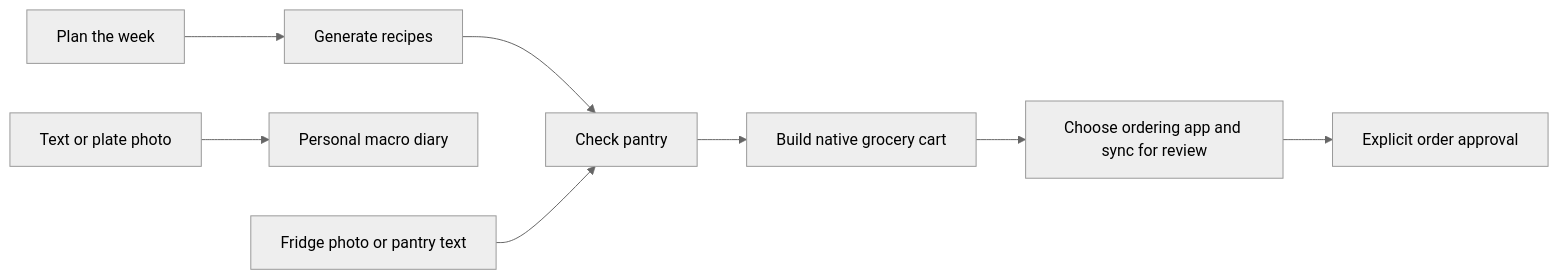
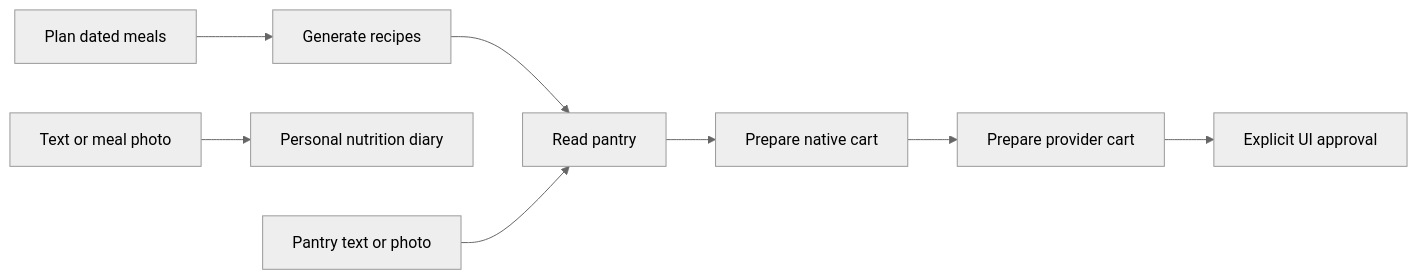
Before and after one commit to architworks/meal_and_grocery_agent: the diagram in README.md, drawn with Mermaid (neutral theme). The commit also changed other lines of this file and 9 other files, not shown here.

First line of the commit message:
[Docs] Consolidate architecture and operational documentation

````diff
--- a/README.md
+++ b/README.md
@@ -25,11 +27,11 @@
 ```mermaid
 flowchart LR
-    Plan[Plan the week] --> Recipe[Generate recipes]
-    Recipe --> Pantry[Check pantry]
-    Pantry --> Cart[Build native grocery cart]
-    Cart --> Provider[Choose ordering app and sync for review]
-    Provider --> Approval[Explicit order approval]
+    Plan[Plan dated meals] --> Recipe[Generate recipes]
+    Recipe --> Pantry[Read pantry]
+    Pantry --> Cart[Prepare native cart]
+    Cart --> Provider[Prepare provider cart]
+    Provider --> Approval[Explicit UI approval]
 
-    Intake[Text or plate photo] --> Macros[Personal macro diary]
-    Fridge[Fridge photo or pantry text] --> Pantry
+    Intake[Text or meal photo] --> Diary[Personal nutrition diary]
+    Fridge[Pantry text or photo] --> Pantry
 ```
````
